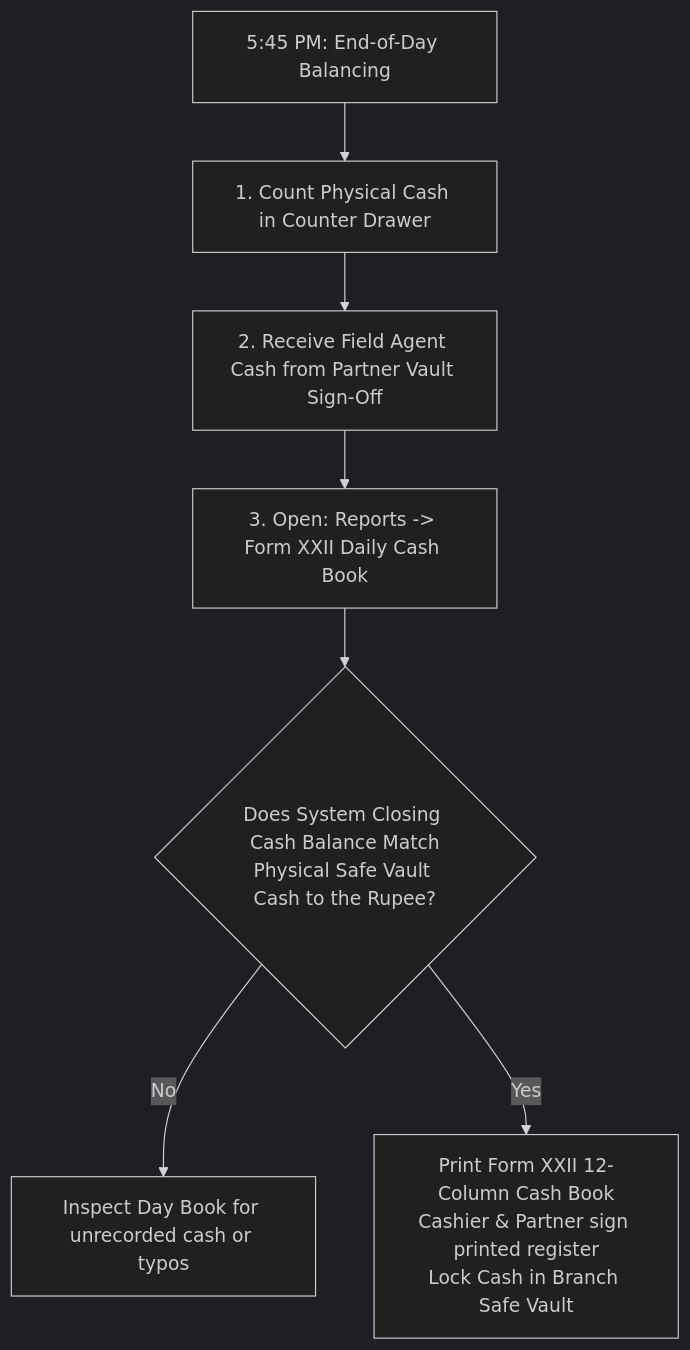
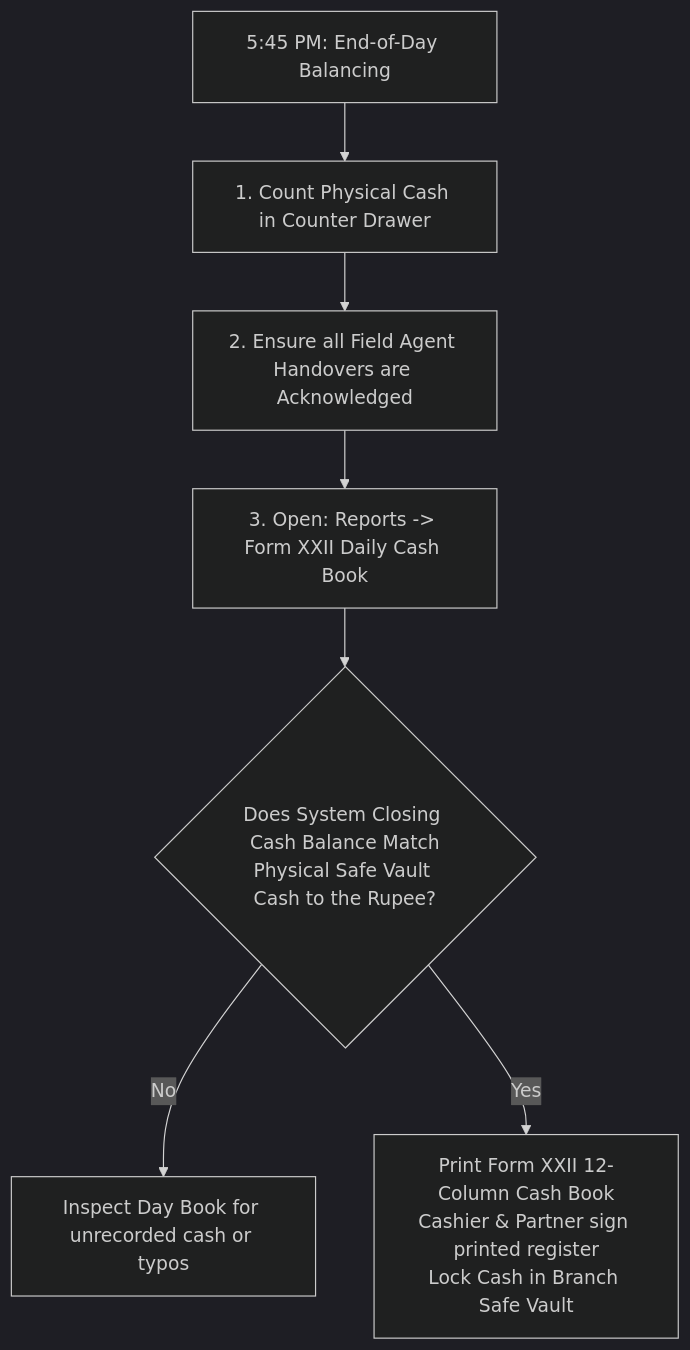
Before and after one commit to Kathir-24/Kumaran-finance: the tenth of 10 diagrams in docs/07-operations/user-manuals/accountant-desk-manual.md, drawn with Mermaid (dark theme). The commit also changed other lines of this file and 6 other files, not shown here.

````diff
--- a/docs/07-operations/user-manuals/accountant-desk-manual.md
+++ b/docs/07-operations/user-manuals/accountant-desk-manual.md
@@ -218,9 +246,9 @@
 ```mermaid
 flowchart TD
     CloseTime["5:45 PM: End-of-Day Balancing"] --> PhysicalTally["1. Count Physical Cash in Counter Drawer"]
-    PhysicalTally --> PartnerHandover["2. Receive Field Agent Cash from Partner Vault Sign-Off"]
+    PhysicalTally --> PartnerHandover["2. Ensure all Field Agent Handovers are Acknowledged"]
     PartnerHandover --> OpenForm["3. Open: Reports -> Form XXII Daily Cash Book"]
     OpenForm --> Compare{"Does System Closing Cash Balance Match\nPhysical Safe Vault Cash to the Rupee?"}
     Compare -- No --> Audit["Inspect Day Book for unrecorded cash or typos"]
     Compare -- Yes --> Sign["Print Form XXII 12-Column Cash Book\nCashier & Partner sign printed register\nLock Cash in Branch Safe Vault"]
 ```
````
